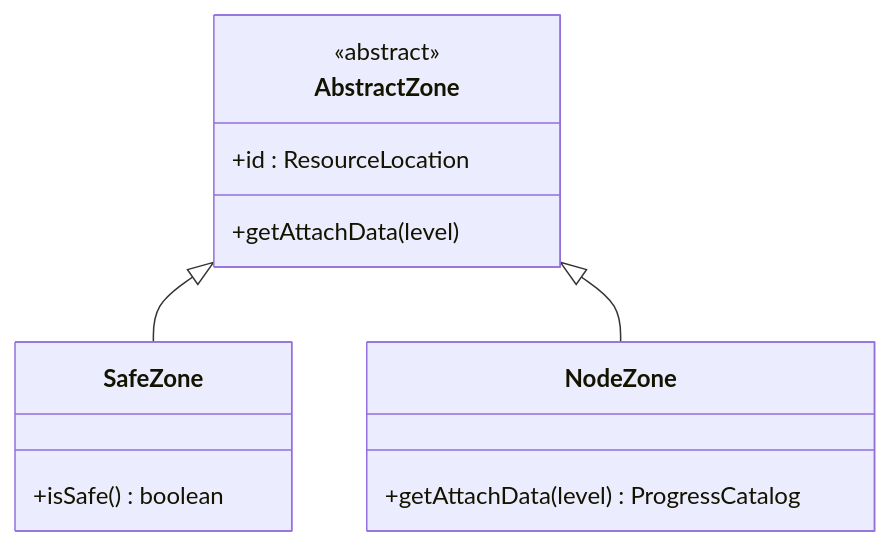
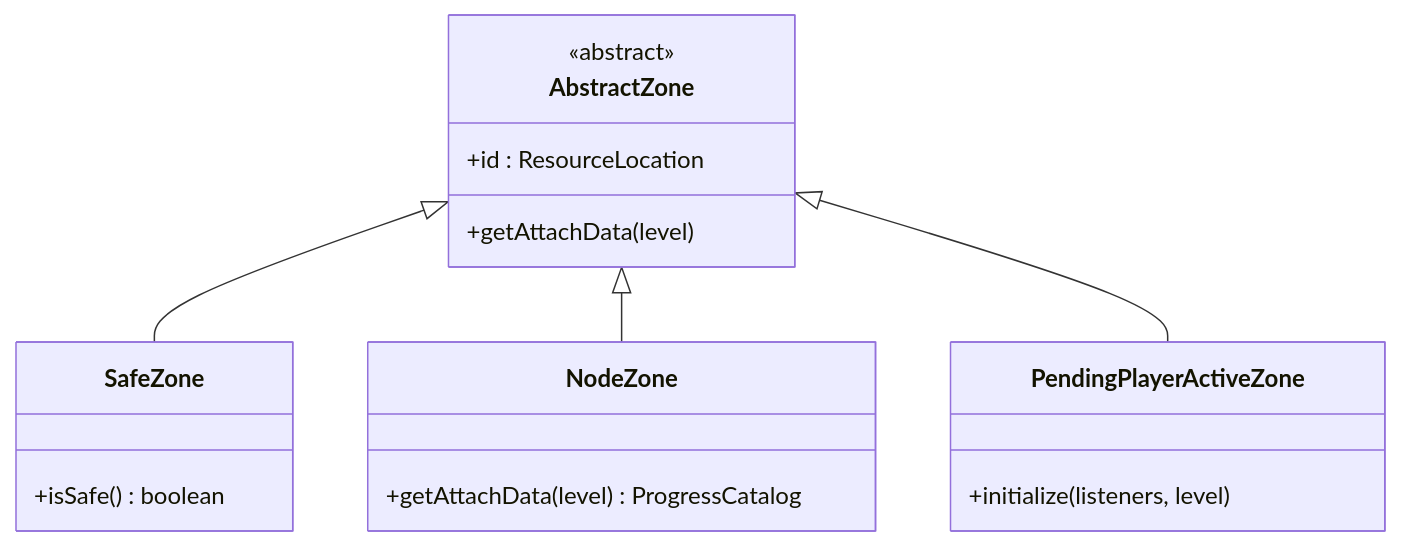
One commit to Ver-shift/SubModulesGeneHunter changed the ninth of 11 diagrams in .qoder/repowiki/zh/content/模块架构/Beyond安全区模块/Beyond安全区模块.md. Above: the diagram before and after it, drawn with Mermaid. The commit also changed other lines of this file and 16 other files, not shown here.

````diff
--- a/.qoder/repowiki/zh/content/模块架构/Beyond安全区模块/Beyond安全区模块.md
+++ b/.qoder/repowiki/zh/content/模块架构/Beyond安全区模块/Beyond安全区模块.md
@@ -288,16 +456,20 @@
 ```mermaid
 classDiagram
 class AbstractZone {
 <<abstract>>
 +id : ResourceLocation
 +getAttachData(level)
 }
 class SafeZone {
 +isSafe() boolean
 }
 class NodeZone {
 +getAttachData(level) ProgressCatalog
 }
+class PendingPlayerActiveZone {
++initialize(listeners, level)
+}
 AbstractZone <|-- SafeZone
 AbstractZone <|-- NodeZone
+AbstractZone <|-- PendingPlayerActiveZone
 ```
````
